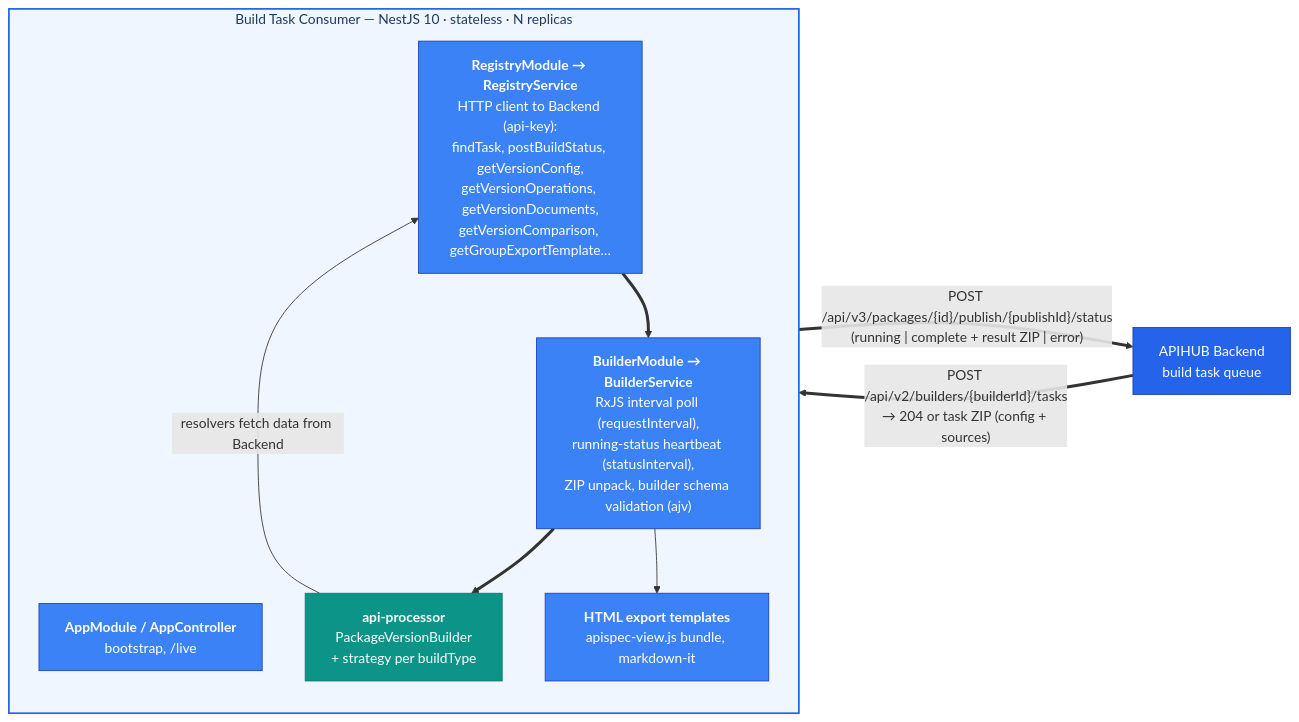
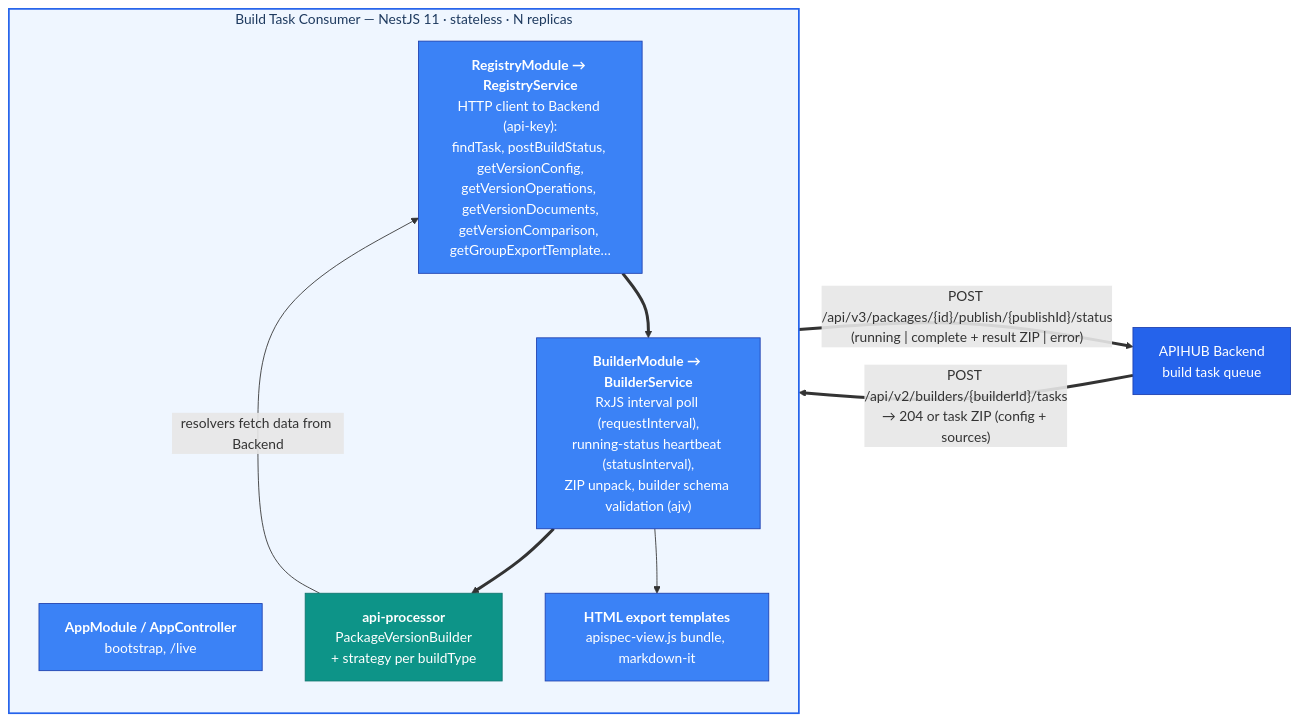
Before and after one commit to Netcracker/qubership-apihub: the fifth of 26 diagrams in tools/architecture-model/c4/APIHUB_C4_architecture.md, drawn with Mermaid. The commit also changed other lines of this file and 9 other files, not shown here.

First line of the commit message:
fix(architecture-model): align the model facts with the monorepo

````diff
--- a/tools/architecture-model/c4/APIHUB_C4_architecture.md
+++ b/tools/architecture-model/c4/APIHUB_C4_architecture.md
@@ -396,24 +396,24 @@
 ```mermaid
 flowchart LR
     be["APIHUB Backend<br/>build task queue"]:::core
 
-    subgraph btc ["Build Task Consumer — NestJS 10 · stateless · N replicas"]
+    subgraph btc ["Build Task Consumer — NestJS 11 · stateless · N replicas"]
         direction TB
         app["<b>AppModule / AppController</b><br/>bootstrap, /live"]:::comp
         registry["<b>RegistryModule → RegistryService</b><br/>HTTP client to Backend (api-key):<br/>findTask, postBuildStatus, getVersionConfig,<br/>getVersionOperations, getVersionDocuments,<br/>getVersionComparison, getGroupExportTemplate…"]:::comp
         builder["<b>BuilderModule → BuilderService</b><br/>RxJS interval poll (requestInterval),<br/>running-status heartbeat (statusInterval),<br/>ZIP unpack, builder schema validation (ajv)"]:::comp
         processor["<b>api-processor</b><br/>PackageVersionBuilder<br/>+ strategy per buildType"]:::lib
         templates["<b>HTML export templates</b><br/>apispec-view.js bundle, markdown-it"]:::comp
     end
 
     be == "POST /api/v2/builders/{builderId}/tasks<br/>→ 204 or task ZIP (config + sources)" ==> registry
     registry ==> builder ==> processor
     processor -- "resolvers fetch data from Backend" --> registry
     builder --> templates
     builder == "POST /api/v3/packages/{id}/publish/{publishId}/status<br/>(running | complete + result ZIP | error)" ==> be
 
     classDef core fill:#2563eb,stroke:#1e40af,color:#fff
     classDef comp fill:#3b82f6,stroke:#1e40af,color:#fff,stroke-width:1px
     classDef lib fill:#0d9488,stroke:#0f766e,color:#fff,stroke-width:1px
     style btc fill:#eff6ff,stroke:#2563eb,stroke-width:2px,color:#1e3a5f
 ```
````
